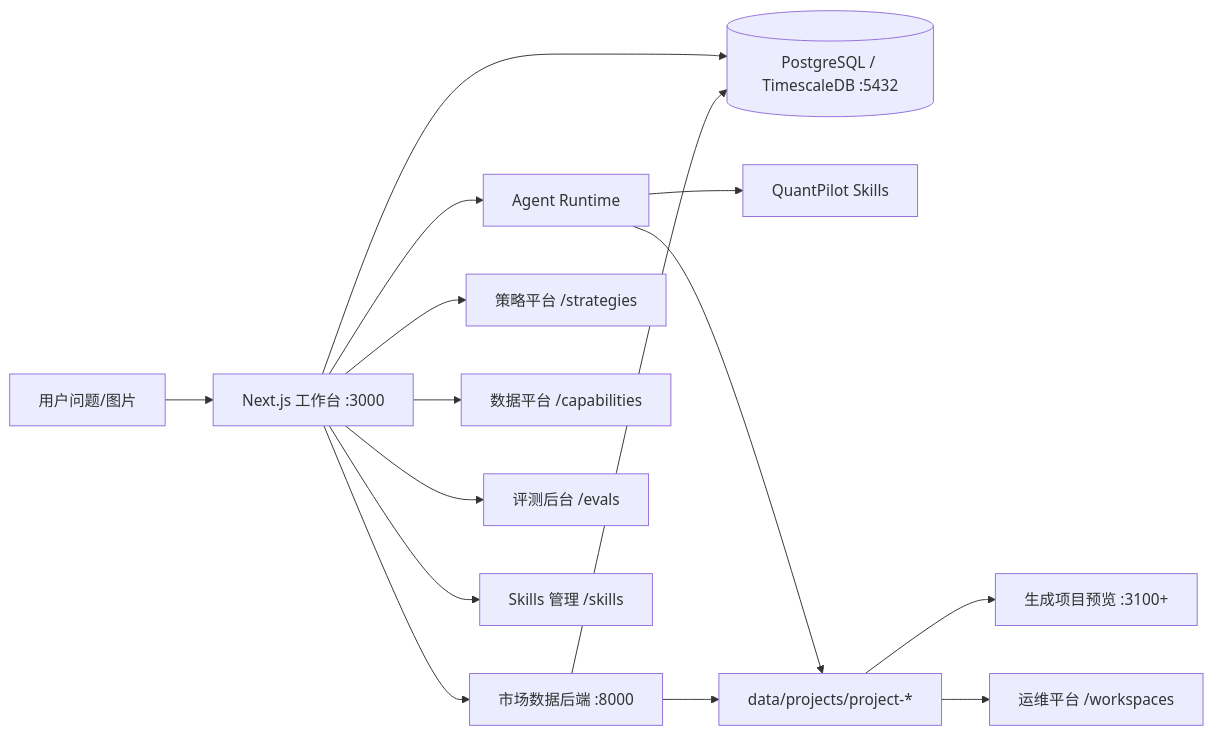
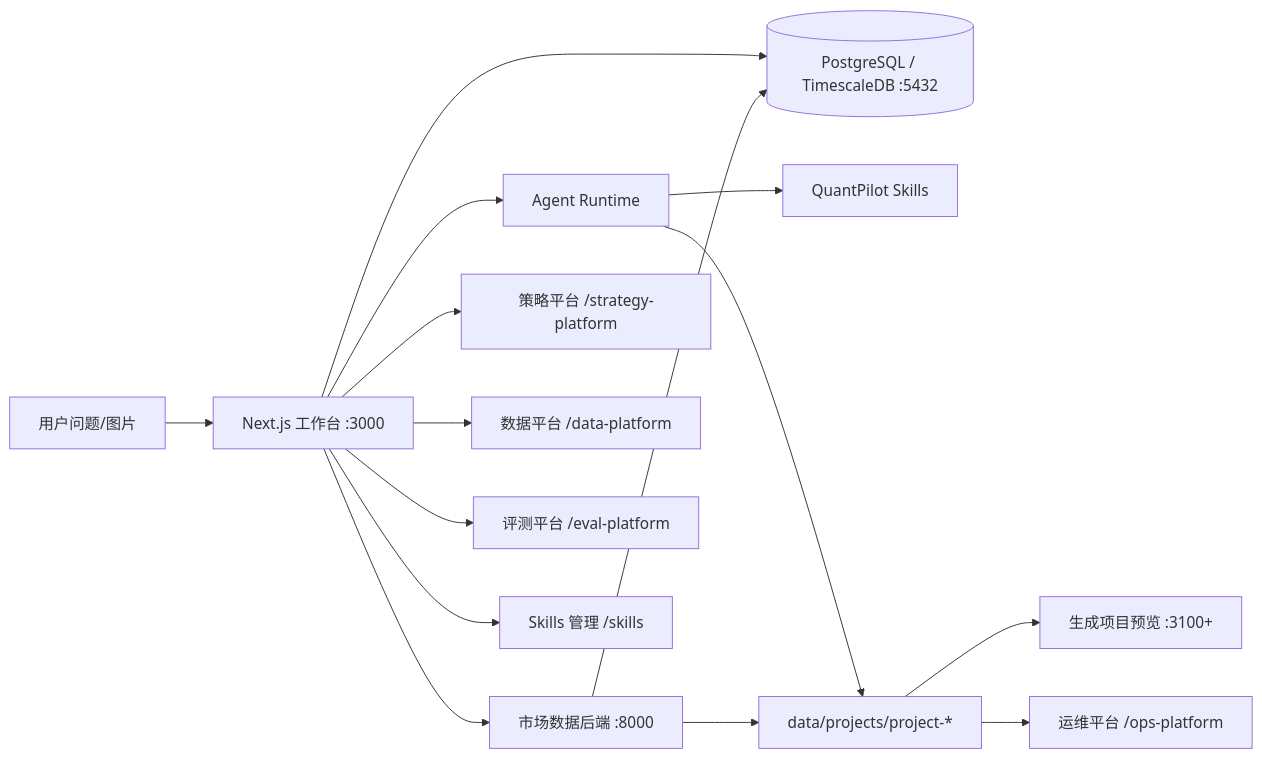
Before and after one commit to xbzz1018/SignalForge: the diagram in docs/architecture.md, drawn with Mermaid. The commit also changed other lines of this file and 28 other files, not shown here.

````diff
--- a/docs/architecture.md
+++ b/docs/architecture.md
@@ -5,17 +5,17 @@
 ```mermaid
 flowchart LR
   U[用户问题/图片] --> W[Next.js 工作台 :3000]
   W --> DB[(PostgreSQL / TimescaleDB :5432)]
   W --> R[Agent Runtime]
   R --> S[QuantPilot Skills]
   W --> M[市场数据后端 :8000]
   M --> DB
   R --> P[data/projects/project-*]
   M --> P
   P --> V[生成项目预览 :3100+]
-  P --> H[运维平台 /workspaces]
-  W --> T[策略平台 /strategies]
-  W --> C[数据平台 /capabilities]
-  W --> E[评测后台 /evals]
+  P --> H[运维平台 /ops-platform]
+  W --> T[策略平台 /strategy-platform]
+  W --> C[数据平台 /data-platform]
+  W --> E[评测平台 /eval-platform]
   W --> A[Skills 管理 /skills]
 ```
````
